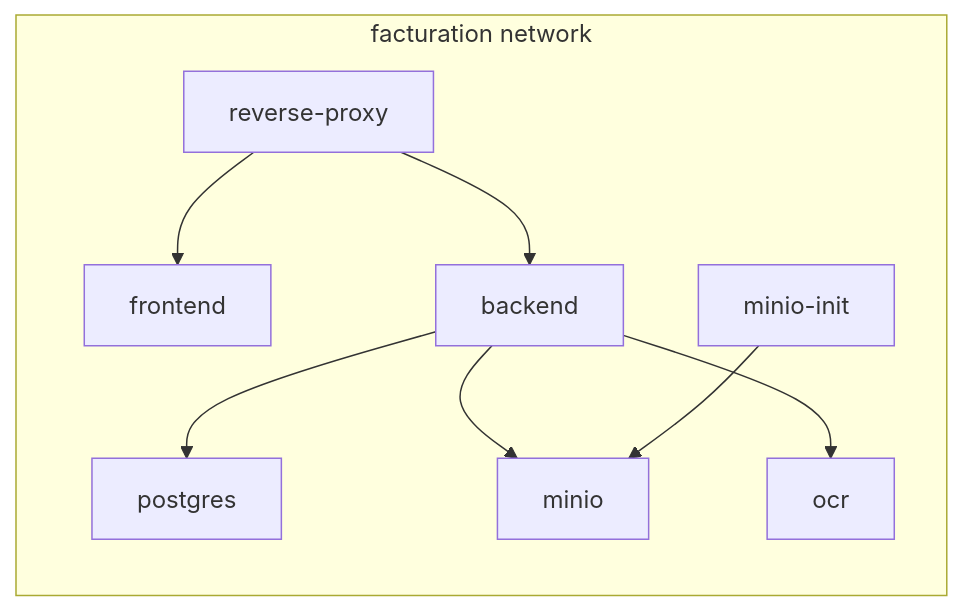
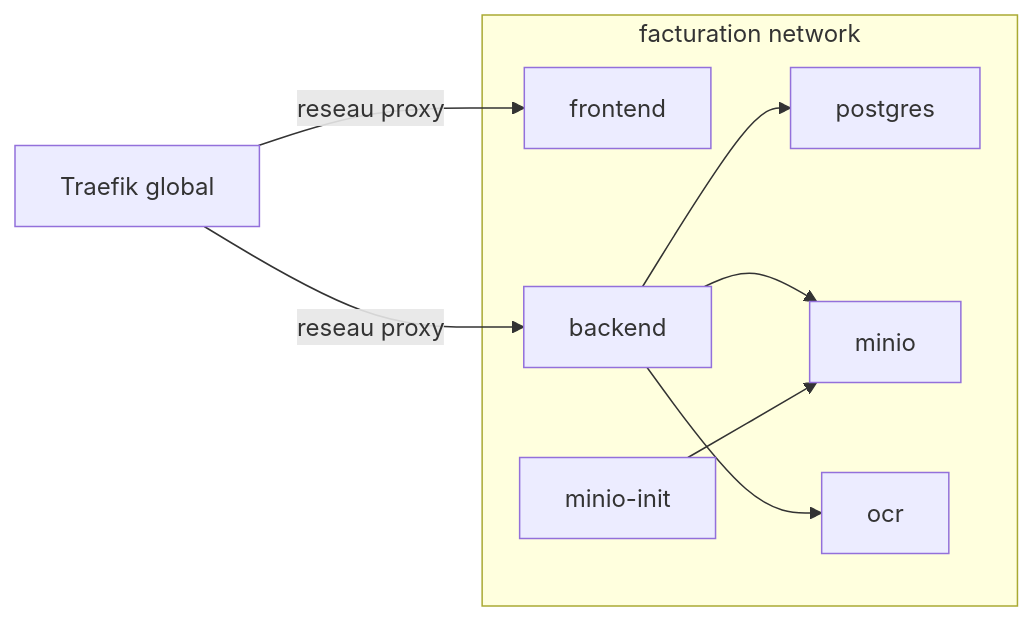
Before and after one commit to fil-rouge-docomptia/docomptia: the second of 4 diagrams in docs/architecture.md, drawn with Mermaid. The commit also changed other lines of this file and 15 other files, not shown here.

Commit message:
KAN-379: configure docomptia environments for the global traefik proxy

````diff
--- a/docs/architecture.md
+++ b/docs/architecture.md
@@ -58,19 +58,18 @@
 ```mermaid
 flowchart LR
     subgraph network[facturation network]
         frontend
         backend
         postgres
         minio
         minioInit[minio-init]
         ocr
-        reverseProxy[reverse-proxy]
     end
 
-    reverseProxy --> frontend
-    reverseProxy --> backend
+    traefik[Traefik global] -->|reseau proxy| frontend
+    traefik -->|reseau proxy| backend
     backend --> postgres
     backend --> minio
     backend --> ocr
     minioInit --> minio
 ```
````
